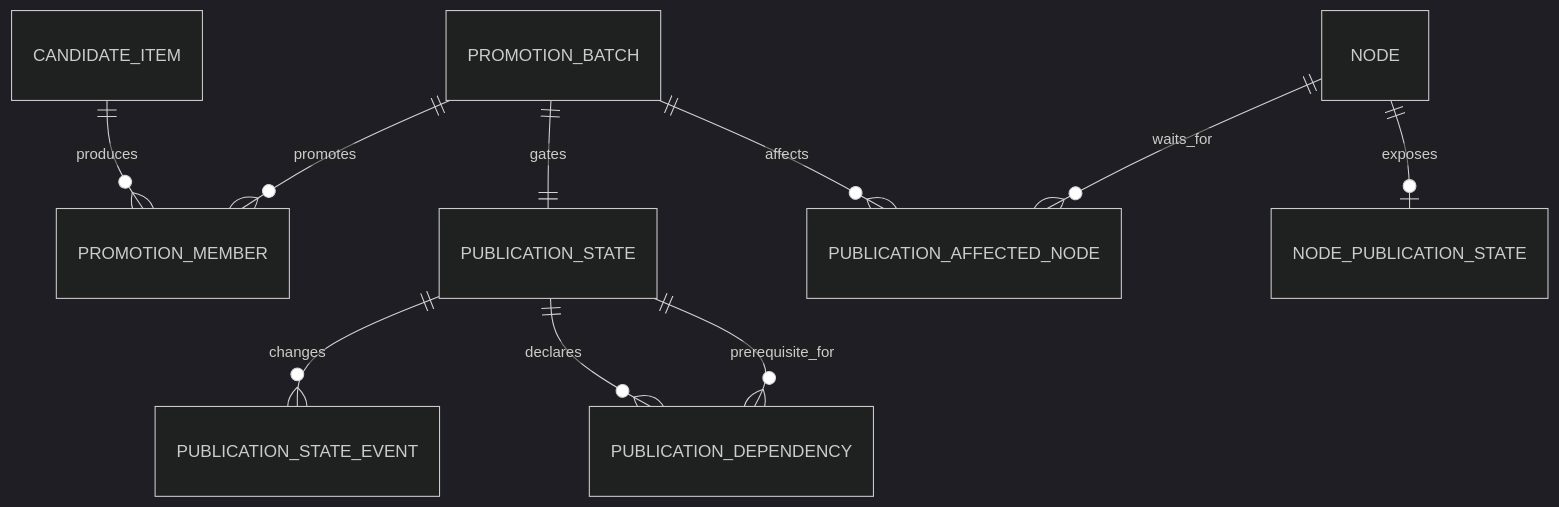
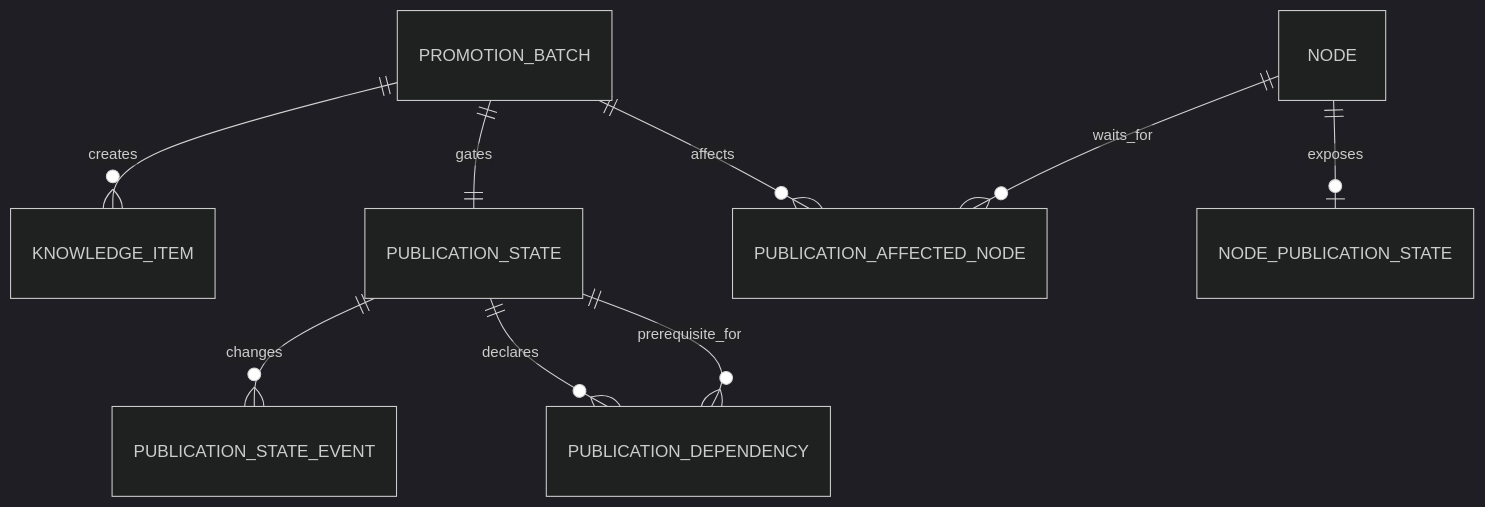
The seventh of 8 diagrams in logical-data-schema.md (studylida/ontology-map), drawn with Mermaid (dark theme) before and after one commit. The commit also changed other lines of this file, not shown here.

````diff
--- a/logical-data-schema.md
+++ b/logical-data-schema.md
@@ -192,12 +198,11 @@
 ```mermaid
 erDiagram
-    PROMOTION_BATCH ||--o{ PROMOTION_MEMBER : promotes
-    CANDIDATE_ITEM ||--o{ PROMOTION_MEMBER : produces
+    PROMOTION_BATCH ||--o{ KNOWLEDGE_ITEM : creates
     PROMOTION_BATCH ||--|| PUBLICATION_STATE : gates
     PROMOTION_BATCH ||--o{ PUBLICATION_AFFECTED_NODE : affects
     NODE ||--o{ PUBLICATION_AFFECTED_NODE : waits_for
     PUBLICATION_STATE ||--o{ PUBLICATION_STATE_EVENT : changes
     PUBLICATION_STATE ||--o{ PUBLICATION_DEPENDENCY : declares
     PUBLICATION_STATE ||--o{ PUBLICATION_DEPENDENCY : prerequisite_for
     NODE ||--o| NODE_PUBLICATION_STATE : exposes
 ```
````
